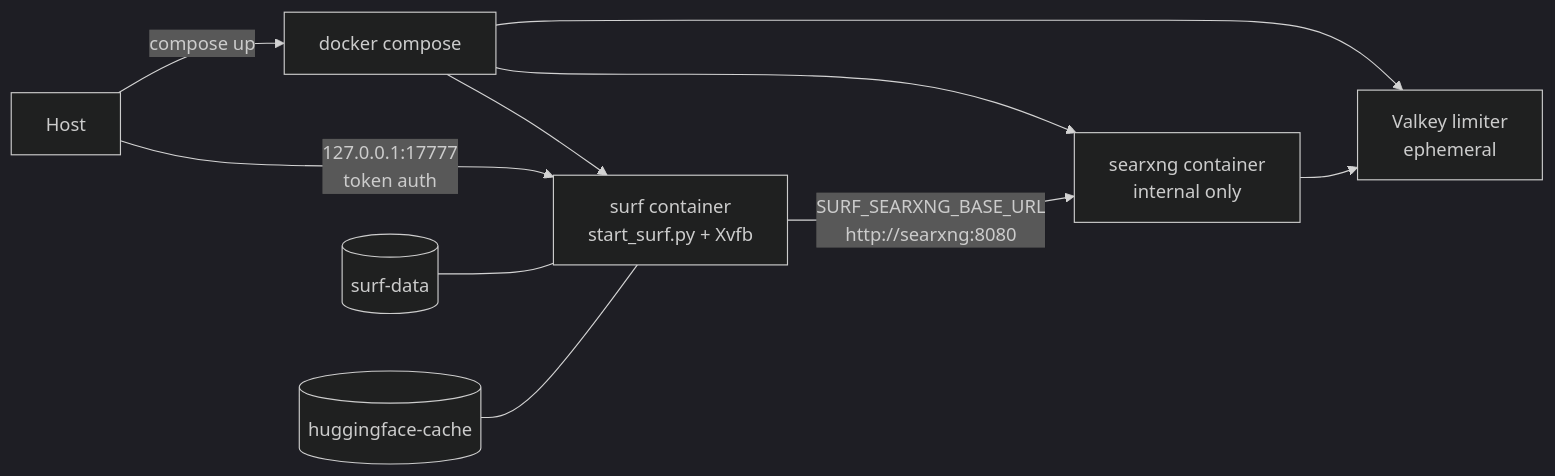
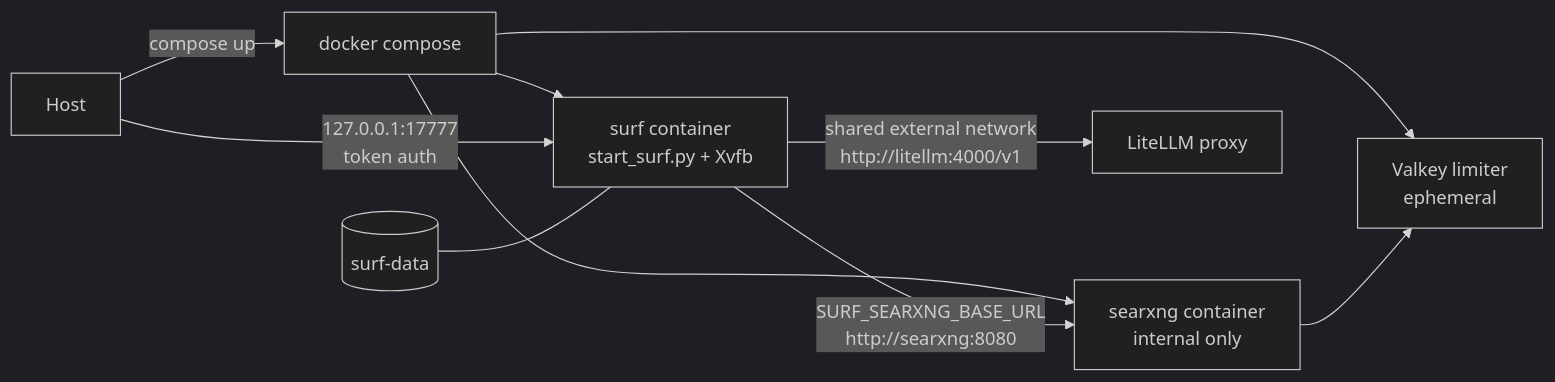
Before and after one commit to nomadbarefoot/SURF: the seventh of 7 diagrams in ARCHITECTURE.md, drawn with Mermaid (dark theme). The commit also changed other lines of this file and 12 other files, not shown here.

Commit message:
Route semantic embeddings through LiteLLM

````diff
--- a/ARCHITECTURE.md
+++ b/ARCHITECTURE.md
@@ -197,12 +197,12 @@
 ```mermaid
 flowchart LR
   Host["Host"] -->|compose up| Compose["docker compose"]
   Compose --> SurfC["surf container<br/>start_surf.py + Xvfb"]
   Compose --> SXC["searxng container<br/>internal only"]
   Compose --> VK["Valkey limiter<br/>ephemeral"]
   SurfC -->|SURF_SEARXNG_BASE_URL<br/>http://searxng:8080| SXC
+  SurfC -->|shared external network<br/>http://litellm:4000/v1| LiteLLM["LiteLLM proxy"]
   Host -->|127.0.0.1:17777<br/>token auth| SurfC
   SXC --> VK
   Vol1[("surf-data")] --- SurfC
-  Vol2[("huggingface-cache")] --- SurfC
 ```
````
